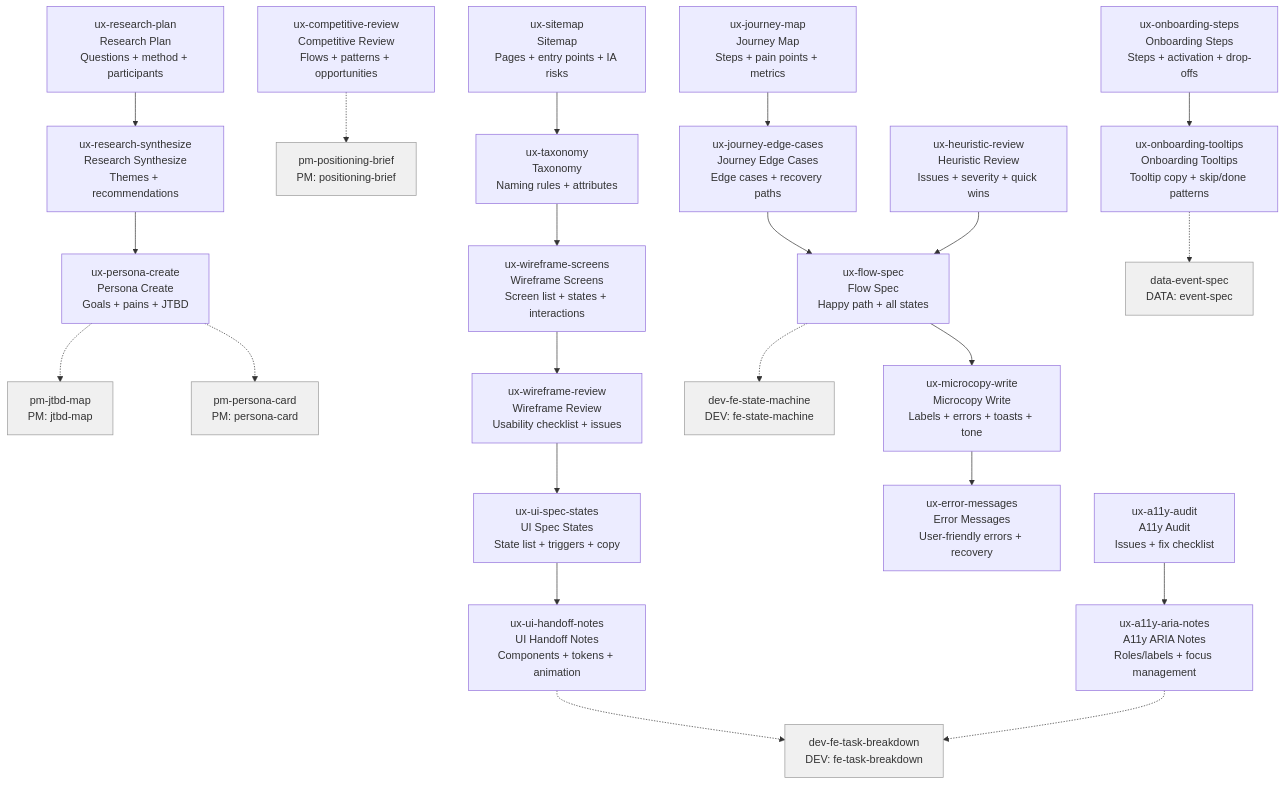
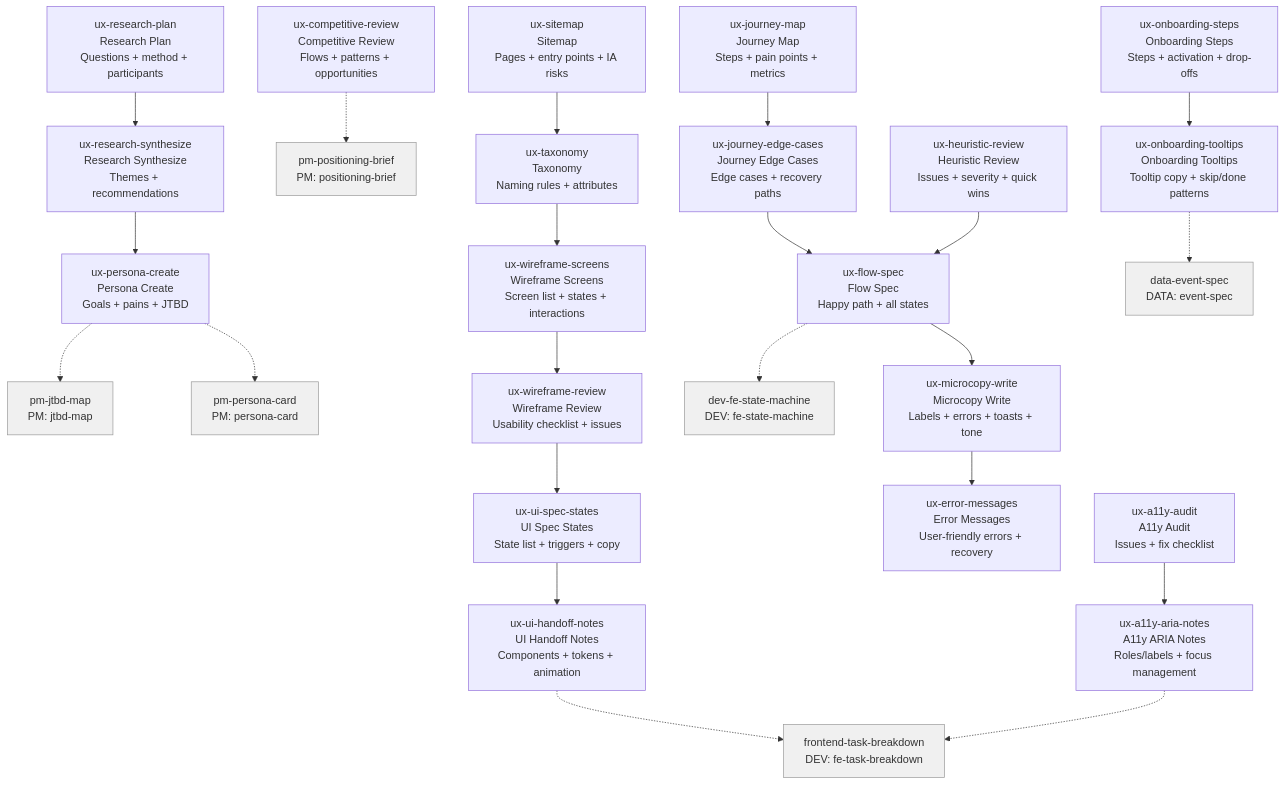
One commit to parhumm/jaan-to changed the diagram in docs/roadmap/tasks/role-skills/ux.md. Above: the diagram before and after it, drawn with Mermaid. The commit also changed other lines of this file and 22 other files, not shown here.

````diff
--- a/docs/roadmap/tasks/role-skills/ux.md
+++ b/docs/roadmap/tasks/role-skills/ux.md
@@ -14,31 +14,31 @@
 ```mermaid
 flowchart TD
     jaan-to-ux-research-plan["ux-research-plan<br>Research Plan<br>Questions + method + participants"] --> ux-research-synthesize["ux-research-synthesize<br>Research Synthesize<br>Themes + recommendations"]
     ux-research-synthesize["ux-research-synthesize<br>Research Synthesize<br>Themes + recommendations"] --> jaan-to-ux-persona-create["ux-persona-create<br>Persona Create<br>Goals + pains + JTBD"]
     jaan-to-ux-persona-create["ux-persona-create<br>Persona Create<br>Goals + pains + JTBD"] -.-> jaan-to-pm-jtbd-map["pm-jtbd-map<br>PM: jtbd-map"]
     jaan-to-ux-persona-create["ux-persona-create<br>Persona Create<br>Goals + pains + JTBD"] -.-> jaan-to-pm-persona-card["pm-persona-card<br>PM: persona-card"]
     jaan-to-ux-competitive-review["ux-competitive-review<br>Competitive Review<br>Flows + patterns + opportunities"] -.-> jaan-to-pm-positioning-brief["pm-positioning-brief<br>PM: positioning-brief"]
     jaan-to-ux-journey-map["ux-journey-map<br>Journey Map<br>Steps + pain points + metrics"] --> jaan-to-ux-journey-edge-cases["ux-journey-edge-cases<br>Journey Edge Cases<br>Edge cases + recovery paths"]
     jaan-to-ux-journey-edge-cases["ux-journey-edge-cases<br>Journey Edge Cases<br>Edge cases + recovery paths"] --> jaan-to-ux-flow-spec["ux-flow-spec<br>Flow Spec<br>Happy path + all states"]
     jaan-to-ux-flow-spec["ux-flow-spec<br>Flow Spec<br>Happy path + all states"] --> ux-microcopy-write["ux-microcopy-write<br>Microcopy Write<br>Labels + errors + toasts + tone"]
     jaan-to-ux-flow-spec["ux-flow-spec<br>Flow Spec<br>Happy path + all states"] -.-> jaan-to-dev-fe-state-machine["dev-fe-state-machine<br>DEV: fe-state-machine"]
     jaan-to-ux-heuristic-review["ux-heuristic-review<br>Heuristic Review<br>Issues + severity + quick wins"] --> jaan-to-ux-flow-spec["ux-flow-spec<br>Flow Spec<br>Happy path + all states"]
     jaan-to-ux-sitemap["ux-sitemap<br>Sitemap<br>Pages + entry points + IA risks"] --> jaan-to-ux-taxonomy["ux-taxonomy<br>Taxonomy<br>Naming rules + attributes"]
     jaan-to-ux-taxonomy["ux-taxonomy<br>Taxonomy<br>Naming rules + attributes"] --> jaan-to-ux-wireframe-screens["ux-wireframe-screens<br>Wireframe Screens<br>Screen list + states + interactions"]
     jaan-to-ux-wireframe-screens["ux-wireframe-screens<br>Wireframe Screens<br>Screen list + states + interactions"] --> jaan-to-ux-wireframe-review["ux-wireframe-review<br>Wireframe Review<br>Usability checklist + issues"]
     jaan-to-ux-wireframe-review["ux-wireframe-review<br>Wireframe Review<br>Usability checklist + issues"] --> jaan-to-ux-ui-spec-states["ux-ui-spec-states<br>UI Spec States<br>State list + triggers + copy"]
     jaan-to-ux-ui-spec-states["ux-ui-spec-states<br>UI Spec States<br>State list + triggers + copy"] --> jaan-to-ux-ui-handoff-notes["ux-ui-handoff-notes<br>UI Handoff Notes<br>Components + tokens + animation"]
-    jaan-to-ux-ui-handoff-notes["ux-ui-handoff-notes<br>UI Handoff Notes<br>Components + tokens + animation"] -.-> dev-fe-task-breakdown["dev-fe-task-breakdown<br>DEV: fe-task-breakdown"]
+    jaan-to-ux-ui-handoff-notes["ux-ui-handoff-notes<br>UI Handoff Notes<br>Components + tokens + animation"] -.-> frontend-task-breakdown["frontend-task-breakdown<br>DEV: fe-task-breakdown"]
     ux-microcopy-write["ux-microcopy-write<br>Microcopy Write<br>Labels + errors + toasts + tone"] --> jaan-to-ux-error-messages["ux-error-messages<br>Error Messages<br>User-friendly errors + recovery"]
     jaan-to-ux-a11y-audit["ux-a11y-audit<br>A11y Audit<br>Issues + fix checklist"] --> jaan-to-ux-a11y-aria-notes["ux-a11y-aria-notes<br>A11y ARIA Notes<br>Roles/labels + focus management"]
-    jaan-to-ux-a11y-aria-notes["ux-a11y-aria-notes<br>A11y ARIA Notes<br>Roles/labels + focus management"] -.-> dev-fe-task-breakdown["dev-fe-task-breakdown<br>DEV: fe-task-breakdown"]
+    jaan-to-ux-a11y-aria-notes["ux-a11y-aria-notes<br>A11y ARIA Notes<br>Roles/labels + focus management"] -.-> frontend-task-breakdown["frontend-task-breakdown<br>DEV: fe-task-breakdown"]
     jaan-to-ux-onboarding-steps["ux-onboarding-steps<br>Onboarding Steps<br>Steps + activation + drop-offs"] --> jaan-to-ux-onboarding-tooltips["ux-onboarding-tooltips<br>Onboarding Tooltips<br>Tooltip copy + skip/done patterns"]
     jaan-to-ux-onboarding-tooltips["ux-onboarding-tooltips<br>Onboarding Tooltips<br>Tooltip copy + skip/done patterns"] -.-> jaan-to-data-event-spec["data-event-spec<br>DATA: event-spec"]
 
     style jaan-to-pm-jtbd-map fill:#f0f0f0,stroke:#999
     style jaan-to-pm-persona-card fill:#f0f0f0,stroke:#999
     style jaan-to-pm-positioning-brief fill:#f0f0f0,stroke:#999
     style jaan-to-dev-fe-state-machine fill:#f0f0f0,stroke:#999
-    style dev-fe-task-breakdown fill:#f0f0f0,stroke:#999
+    style frontend-task-breakdown fill:#f0f0f0,stroke:#999
     style jaan-to-data-event-spec fill:#f0f0f0,stroke:#999
 ```
````
